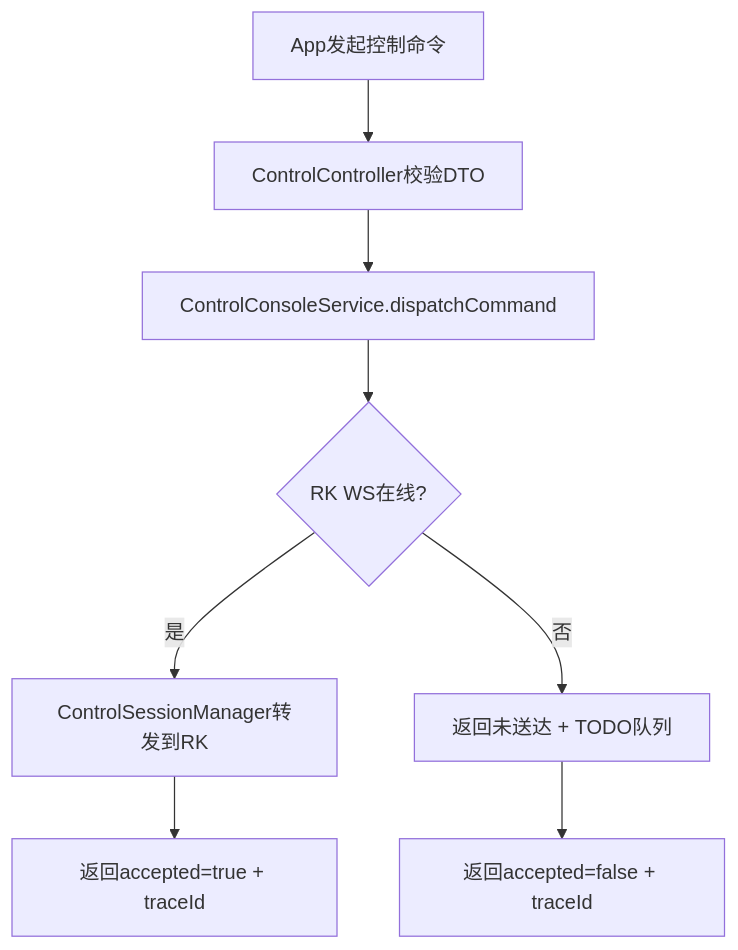
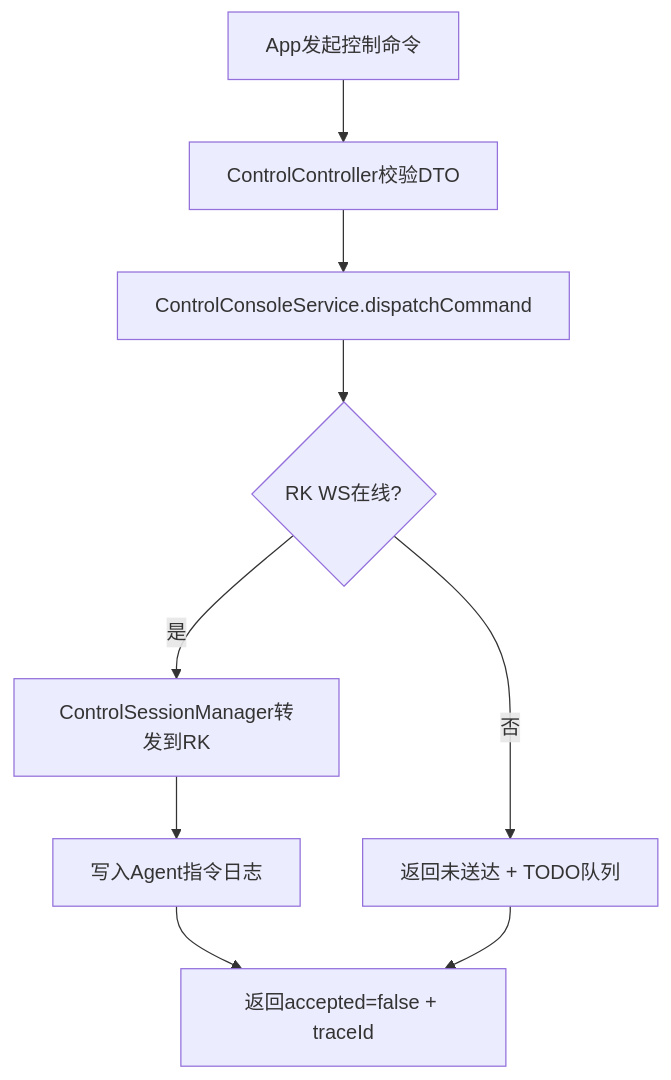
Diagram 30 of 42 in springboot/docs/SpringBootDesignDocument.md (nangong918/magic-vector), drawn with Mermaid before and after one commit. The commit also changed other lines of this file and 4 other files, not shown here.

````diff
--- a/springboot/docs/SpringBootDesignDocument.md
+++ b/springboot/docs/SpringBootDesignDocument.md
@@ -669,10 +676,11 @@
 ```mermaid
 flowchart TD
     A[App发起控制命令] --> B[ControlController校验DTO]
     B --> C[ControlConsoleService.dispatchCommand]
     C --> D{RK WS在线?}
     D -- 是 --> E[ControlSessionManager转发到RK]
     D -- 否 --> F[返回未送达 + TODO队列]
-    E --> G[返回accepted=true + traceId]
+    E --> G[写入Agent指令日志]
+    G --> H[返回accepted=true + traceId]
     F --> H[返回accepted=false + traceId]
 ```
````
